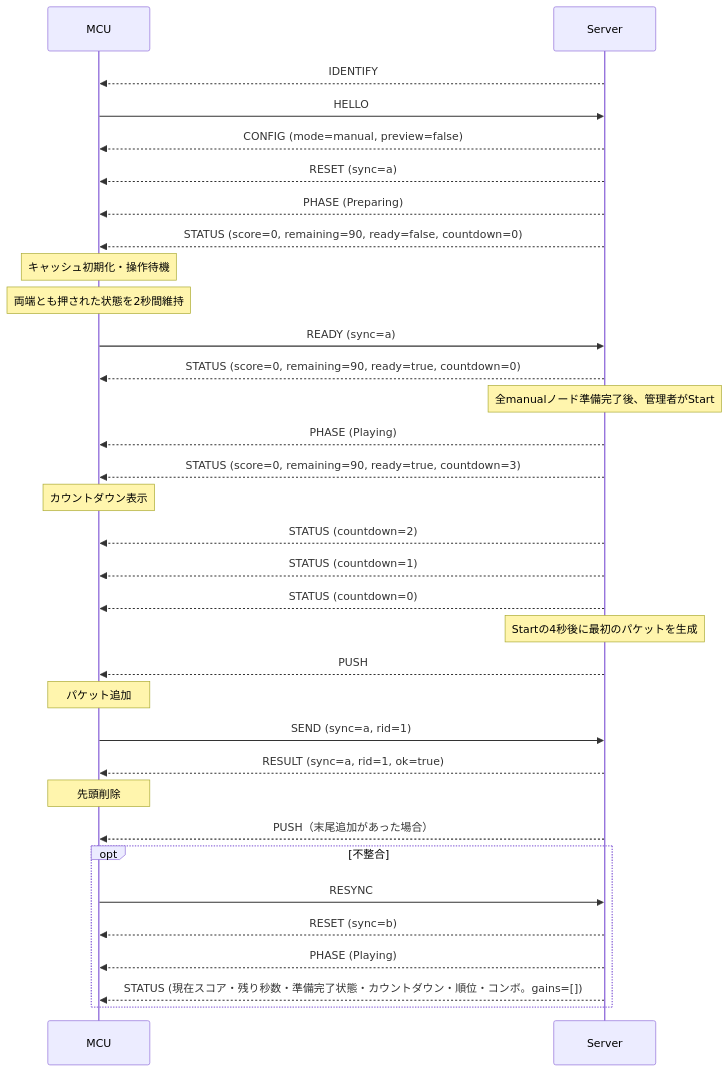
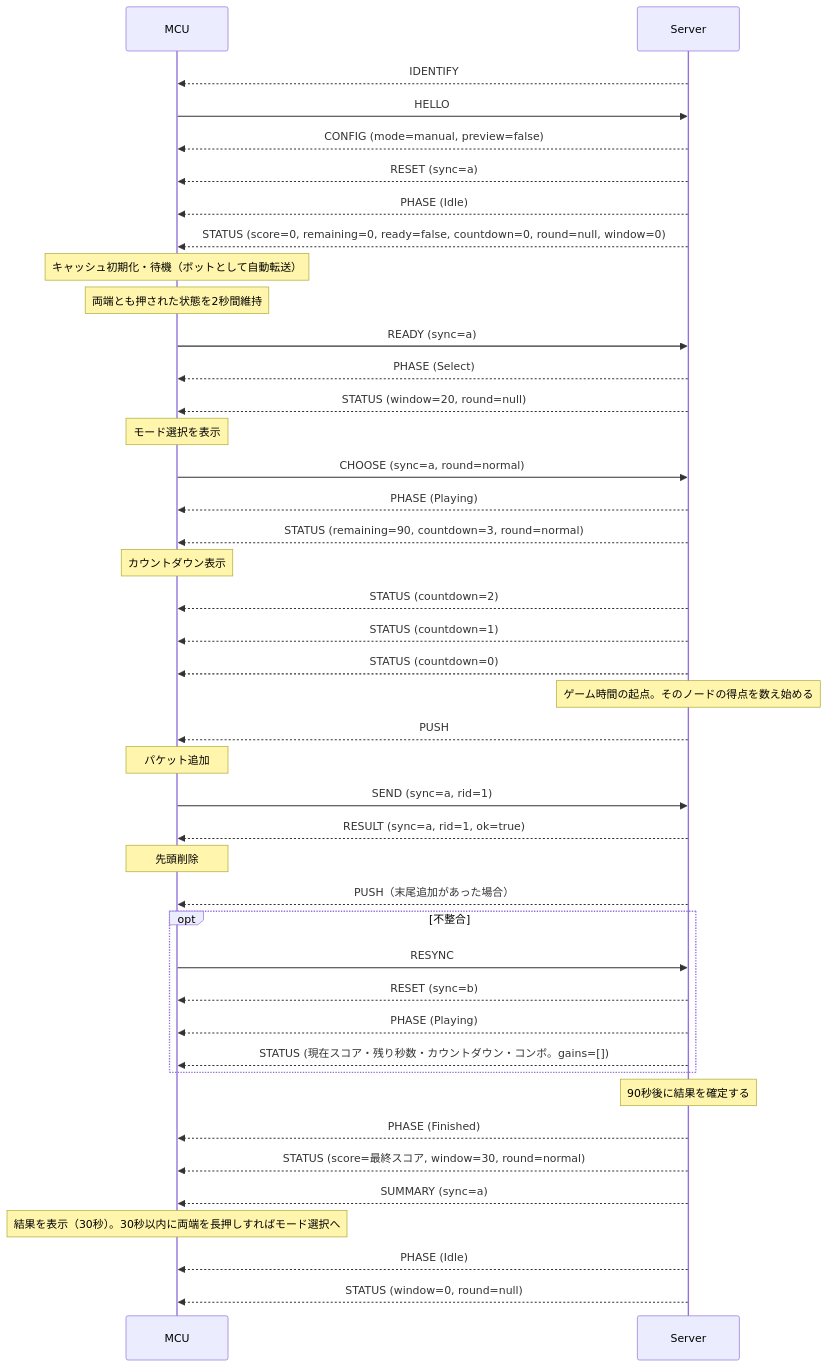
Before and after one commit to canta-9142/D4_Exhi: the diagram in docs/spec/player.md, drawn with Mermaid. The commit also changed other lines of this file, not shown here.

````diff
--- a/docs/spec/player.md
+++ b/docs/spec/player.md
@@ -445,35 +520,44 @@
 ```mermaid
 sequenceDiagram
     participant M as MCU
     participant S as Server
     S-->>M: IDENTIFY
     M->>S: HELLO
     S-->>M: CONFIG (mode=manual, preview=false)
     S-->>M: RESET (sync=a)
-    S-->>M: PHASE (Preparing)
-    S-->>M: STATUS (score=0, remaining=90, ready=false, countdown=0)
-    Note over M: キャッシュ初期化・操作待機
+    S-->>M: PHASE (Idle)
+    S-->>M: STATUS (score=0, remaining=0, ready=false, countdown=0, round=null, window=0)
+    Note over M: キャッシュ初期化・待機（ボットとして自動転送）
     Note over M: 両端とも押された状態を2秒間維持
     M->>S: READY (sync=a)
-    S-->>M: STATUS (score=0, remaining=90, ready=true, countdown=0)
-    Note over S: 全manualノード準備完了後、管理者がStart
+    S-->>M: PHASE (Select)
+    S-->>M: STATUS (window=20, round=null)
+    Note over M: モード選択を表示
+    M->>S: CHOOSE (sync=a, round=normal)
     S-->>M: PHASE (Playing)
-    S-->>M: STATUS (score=0, remaining=90, ready=true, countdown=3)
+    S-->>M: STATUS (remaining=90, countdown=3, round=normal)
     Note over M: カウントダウン表示
     S-->>M: STATUS (countdown=2)
     S-->>M: STATUS (countdown=1)
     S-->>M: STATUS (countdown=0)
-    Note over S: Startの4秒後に最初のパケットを生成
+    Note over S: ゲーム時間の起点。そのノードの得点を数え始める
     S-->>M: PUSH
     Note over M: パケット追加
     M->>S: SEND (sync=a, rid=1)
     S-->>M: RESULT (sync=a, rid=1, ok=true)
     Note over M: 先頭削除
     S-->>M: PUSH（末尾追加があった場合）
     opt 不整合
         M->>S: RESYNC
         S-->>M: RESET (sync=b)
         S-->>M: PHASE (Playing)
-        S-->>M: STATUS (現在スコア・残り秒数・準備完了状態・カウントダウン・順位・コンボ。gains=[])
+        S-->>M: STATUS (現在スコア・残り秒数・カウントダウン・コンボ。gains=[])
     end
+    Note over S: 90秒後に結果を確定する
+    S-->>M: PHASE (Finished)
+    S-->>M: STATUS (score=最終スコア, window=30, round=normal)
+    S-->>M: SUMMARY (sync=a)
+    Note over M: 結果を表示（30秒）。30秒以内に両端を長押しすればモード選択へ
+    S-->>M: PHASE (Idle)
+    S-->>M: STATUS (window=0, round=null)
 ```
````
